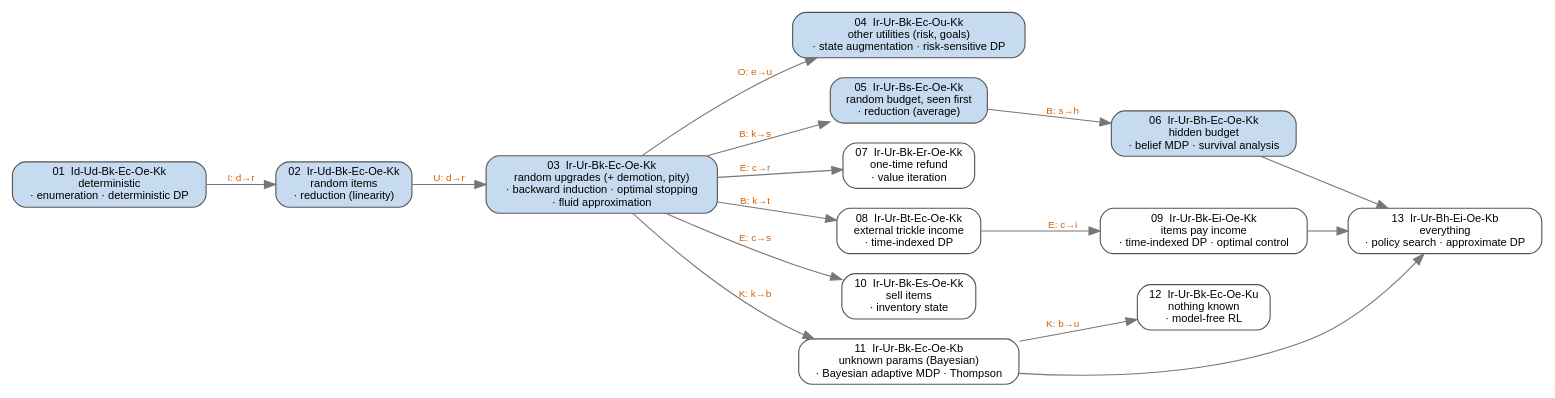
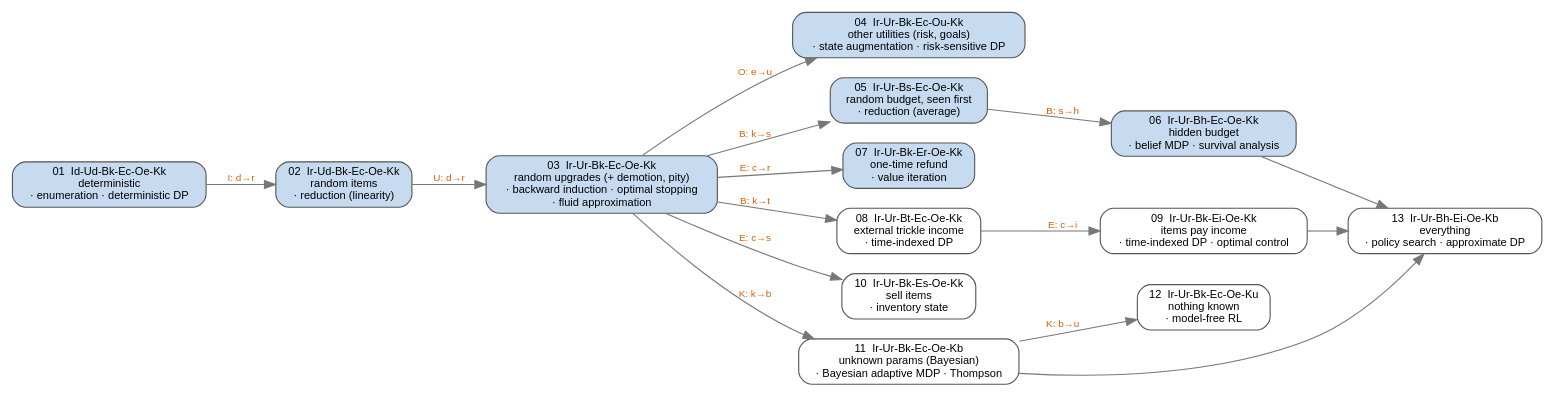
The diagram in probability/sequential_decision_making_under_uncertainty/figures/ladder_map.dot (ssarkar2/notes), drawn with Graphviz before and after one commit. The commit also changed 8 other files, not shown here.

First line of the commit message:
Add problem 07 (items refund coins): value iteration, mean-refund approximation

```diff
--- a/probability/sequential_decision_making_under_uncertainty/figures/ladder_map.dot
+++ b/probability/sequential_decision_making_under_uncertainty/figures/ladder_map.dot
@@ -1,36 +1,36 @@
 // Ladder of problems: each edge = one axis loosened. Filled = built, white = planned.
 // Build: ./build.sh
 digraph ladder {
   rankdir=LR;
   graph [fontname="Helvetica", fontsize=11, nodesep=0.25, ranksep=0.5, bgcolor="white"];
   node  [shape=box, style="rounded,filled", fontname="Helvetica", fontsize=10, fillcolor="white", color="#555555"];
   edge  [fontname="Helvetica", fontsize=9, color="#777777", fontcolor="#d95f02"];
 
   // fillcolor "#c6dbef" = built
   p01 [label="01  Id-Ud-Bk-Ec-Oe-Kk\ndeterministic\n· enumeration · deterministic DP", fillcolor="#c6dbef"];
   p02 [label="02  Ir-Ud-Bk-Ec-Oe-Kk\nrandom items\n· reduction (linearity)", fillcolor="#c6dbef"];
   p03 [label="03  Ir-Ur-Bk-Ec-Oe-Kk\nrandom upgrades (+ demotion, pity)\n· backward induction · optimal stopping\n· fluid approximation", fillcolor="#c6dbef"];
   p04 [label="04  Ir-Ur-Bk-Ec-Ou-Kk\nother utilities (risk, goals)\n· state augmentation · risk-sensitive DP", fillcolor="#c6dbef"];
   p05 [label="05  Ir-Ur-Bs-Ec-Oe-Kk\nrandom budget, seen first\n· reduction (average)", fillcolor="#c6dbef"];
   p06 [label="06  Ir-Ur-Bh-Ec-Oe-Kk\nhidden budget\n· belief MDP · survival analysis", fillcolor="#c6dbef"];
-  p07 [label="07  Ir-Ur-Bk-Er-Oe-Kk\none-time refund\n· value iteration"];
+  p07 [label="07  Ir-Ur-Bk-Er-Oe-Kk\none-time refund\n· value iteration", fillcolor="#c6dbef"];
   p08 [label="08  Ir-Ur-Bt-Ec-Oe-Kk\nexternal trickle income\n· time-indexed DP"];
   p09 [label="09  Ir-Ur-Bk-Ei-Oe-Kk\nitems pay income\n· time-indexed DP · optimal control"];
   p10 [label="10  Ir-Ur-Bk-Es-Oe-Kk\nsell items\n· inventory state"];
   p11 [label="11  Ir-Ur-Bk-Ec-Oe-Kb\nunknown params (Bayesian)\n· Bayesian adaptive MDP · Thompson"];
   p12 [label="12  Ir-Ur-Bk-Ec-Oe-Ku\nnothing known\n· model-free RL"];
   p13 [label="13  Ir-Ur-Bh-Ei-Oe-Kb\neverything\n· policy search · approximate DP"];
 
   p01 -> p02 [label="I: d→r"];
   p02 -> p03 [label="U: d→r"];
   p03 -> p04 [label="O: e→u"];
   p03 -> p05 [label="B: k→s"];
   p05 -> p06 [label="B: s→h"];
   p03 -> p07 [label="E: c→r"];
   p03 -> p08 [label="B: k→t"];
   p08 -> p09 [label="E: c→i"];
   p03 -> p10 [label="E: c→s"];
   p03 -> p11 [label="K: k→b"];
   p11 -> p12 [label="K: b→u"];
   p06 -> p13; p09 -> p13; p11 -> p13;
 }
```
